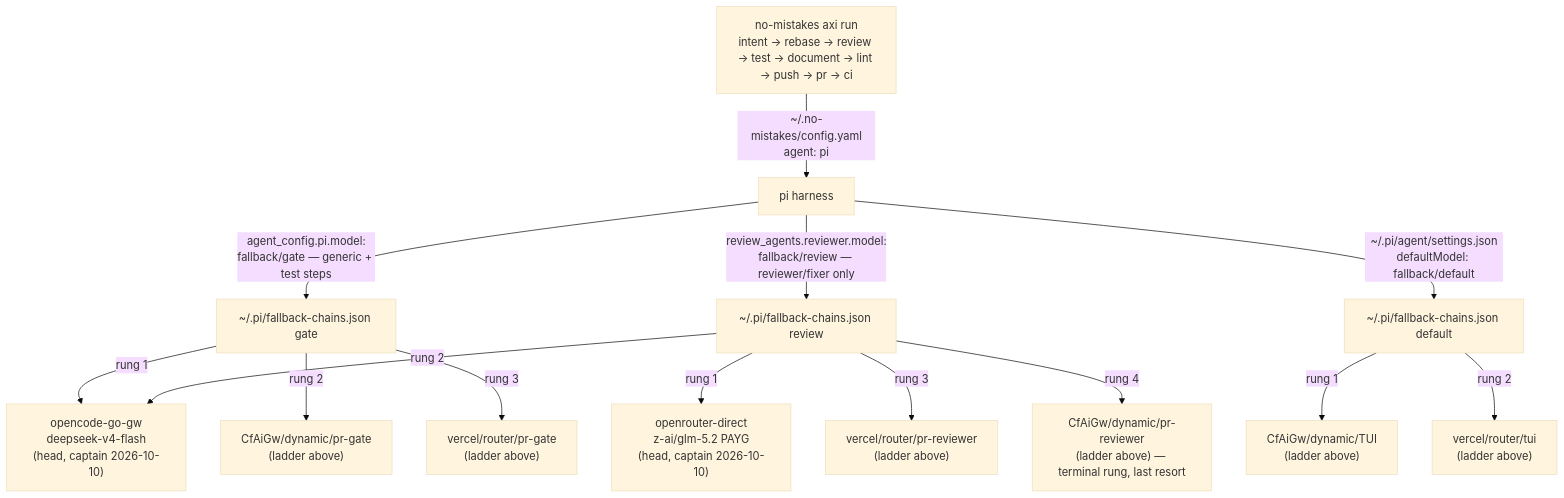
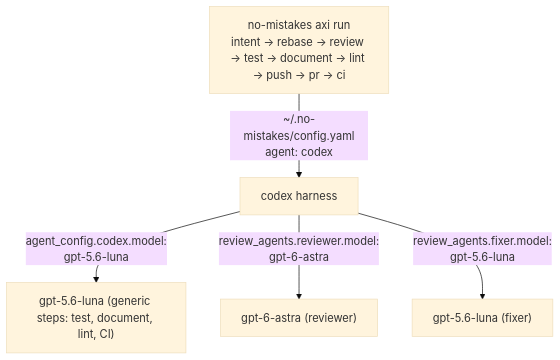
One commit to phillias/dotfiles changed diagram 17 of 17 in dot_agents/skills/provider-catalog/references/ROUTING_TOPOLOGY.md. Above: the diagram before and after it, drawn with Mermaid (base theme). The commit also changed other lines of this file and 3 other files, not shown here.

Commit message:
no-mistakes(document): Updated no-mistakes agent docs to codex; one section needs manual fix

````diff
--- a/dot_agents/skills/provider-catalog/references/ROUTING_TOPOLOGY.md
+++ b/dot_agents/skills/provider-catalog/references/ROUTING_TOPOLOGY.md
@@ -182,16 +182,7 @@
 ```mermaid
 flowchart TD
-    nm["no-mistakes axi run<br/>intent → rebase → review → test → document → lint → push → pr → ci"] -->|"~/.no-mistakes/config.yaml<br/>agent: pi"| pi[pi harness]
-    pi -->|"agent_config.pi.model:<br/>fallback/gate — generic + test steps"| GATE["~/.pi/fallback-chains.json gate"]
-    pi -->|"review_agents.reviewer.model:<br/>fallback/review — reviewer/fixer only"| REV["~/.pi/fallback-chains.json review"]
-    pi -->|"~/.pi/agent/settings.json<br/>defaultModel: fallback/default"| DEF["~/.pi/fallback-chains.json default"]
-    GATE -->|"rung 1"| ogw["opencode-go-gw<br/>deepseek-v4-flash<br/>(head, captain 2026-10-10)"]
-    GATE -->|"rung 2"| pg["CfAiGw/dynamic/pr-gate<br/>(ladder above)"]
-    GATE -->|"rung 3"| vpg["vercel/router/pr-gate<br/>(ladder above)"]
-    REV -->|"rung 1"| payg["openrouter-direct<br/>z-ai/glm-5.2 PAYG<br/>(head, captain 2026-10-10)"]
-    REV -->|"rung 2"| ogw
-    REV -->|"rung 3"| vprr["vercel/router/pr-reviewer<br/>(ladder above)"]
-    REV -->|"rung 4"| prr["CfAiGw/dynamic/pr-reviewer<br/>(ladder above) — terminal rung, last resort"]
-    DEF -->|"rung 1"| tui["CfAiGw/dynamic/TUI<br/>(ladder above)"]
-    DEF -->|"rung 2"| vtui["vercel/router/tui<br/>(ladder above)"]
+    nm["no-mistakes axi run<br/>intent → rebase → review → test → document → lint → push → pr → ci"] -->|"~/.no-mistakes/config.yaml<br/>agent: codex"| codex[codex harness]
+    codex -->|"agent_config.codex.model:<br/>gpt-5.6-luna"| model1["gpt-5.6-luna (generic steps: test, document, lint, CI)"]
+    codex -->|"review_agents.reviewer.model:<br/>gpt-6-astra"| model2["gpt-6-astra (reviewer)"]
+    codex -->|"review_agents.fixer.model:<br/>gpt-5.6-luna"| model3["gpt-5.6-luna (fixer)"]
 ```
````
